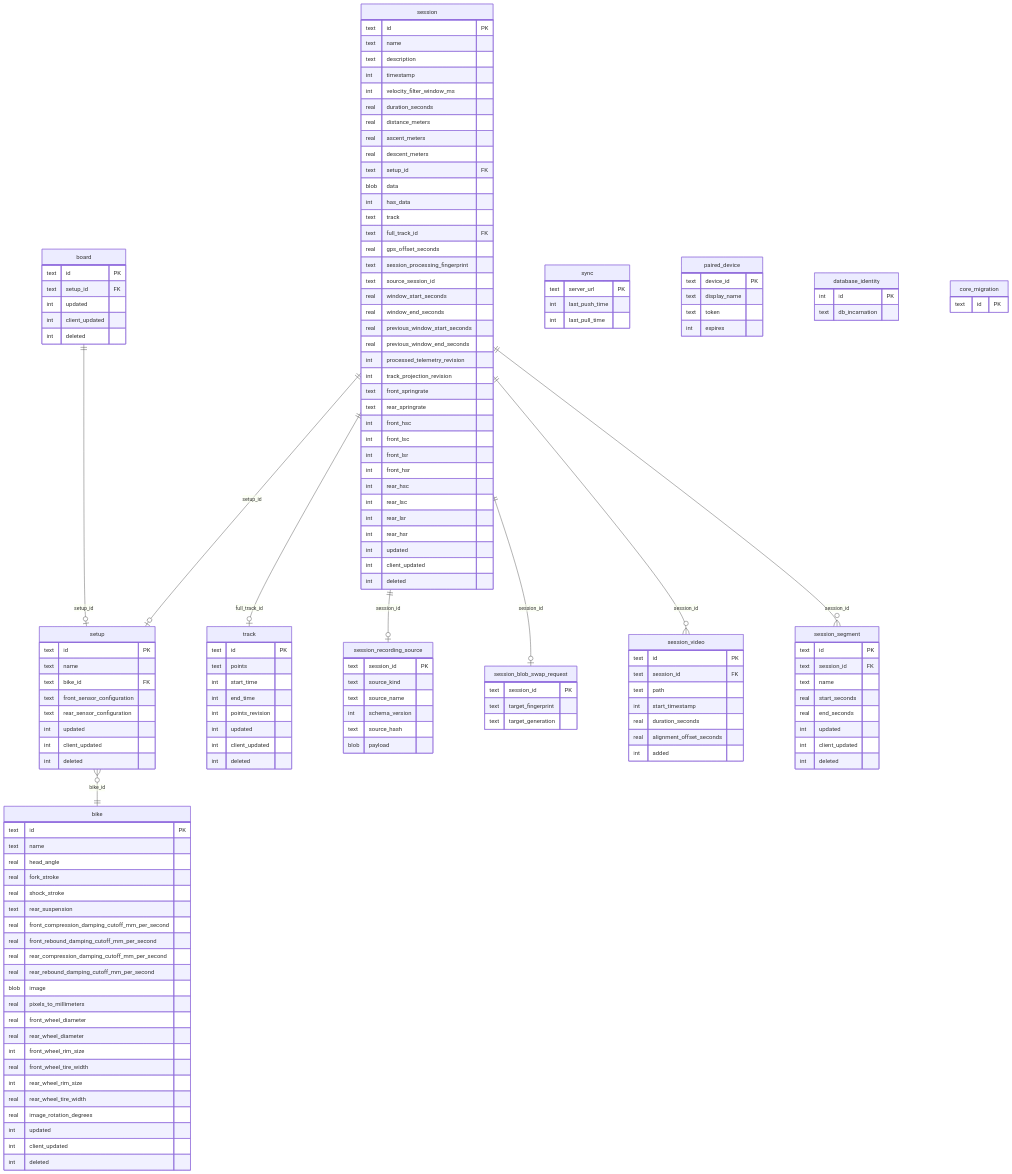
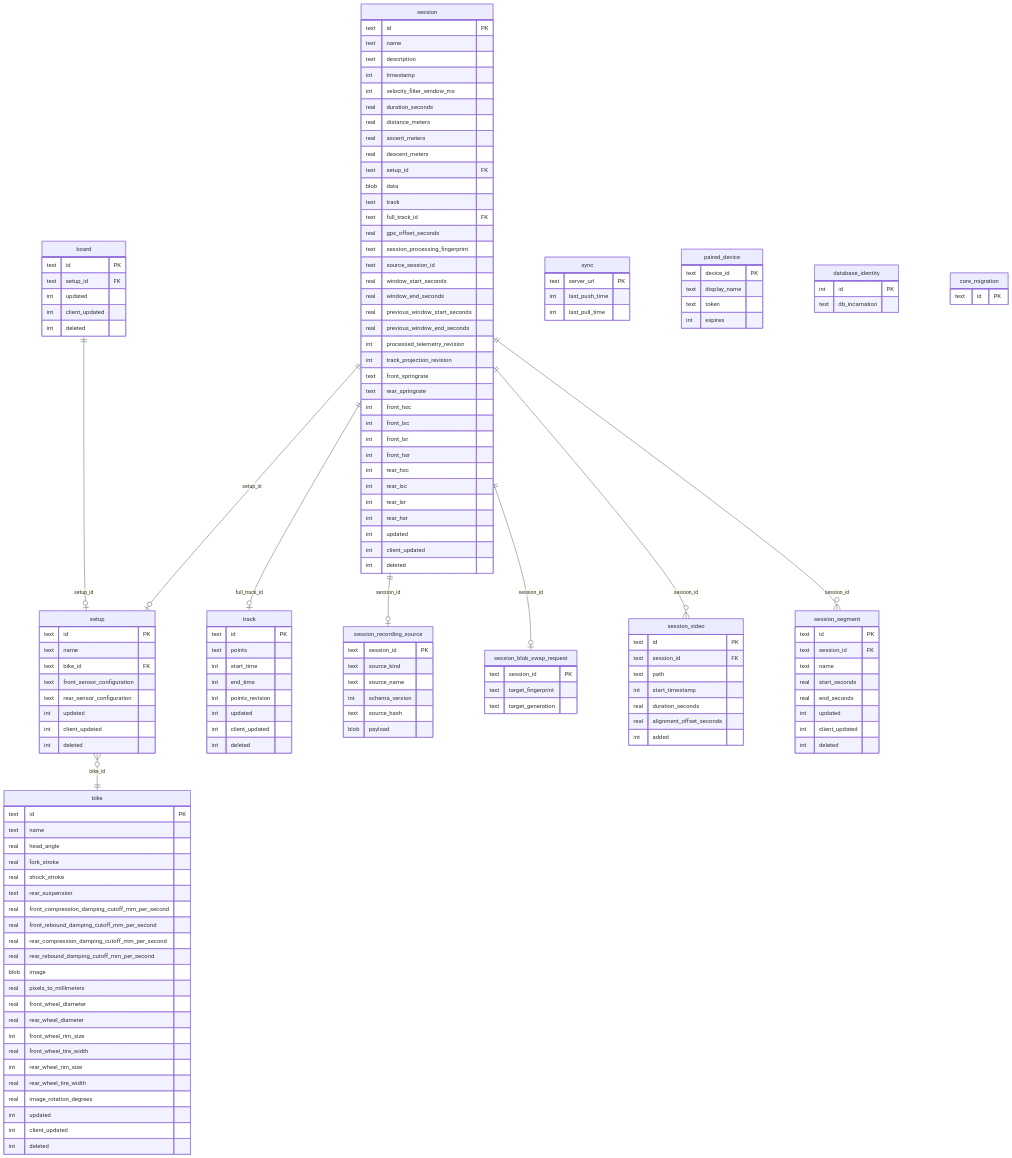
Before and after one commit to MoridinBG/Sufni.app: the diagram in docs/architecture/persistence.md, drawn with Mermaid. The commit also changed other lines of this file and 17 other files, not shown here.

Commit message:
Derive session availability without a persisted has-data flag

```diff
--- a/docs/architecture/persistence.md
+++ b/docs/architecture/persistence.md
@@ -27,7 +27,6 @@
         real descent_meters
         text setup_id FK
         blob data
-        int has_data
         text track
         text full_track_id FK
         real gps_offset_seconds
```
